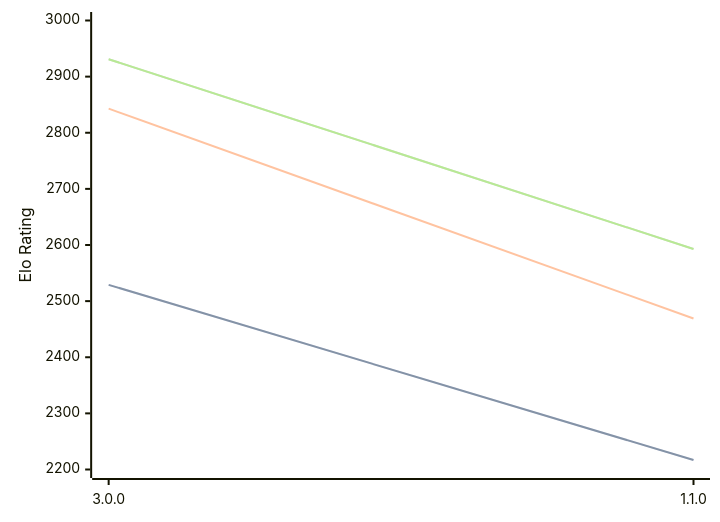
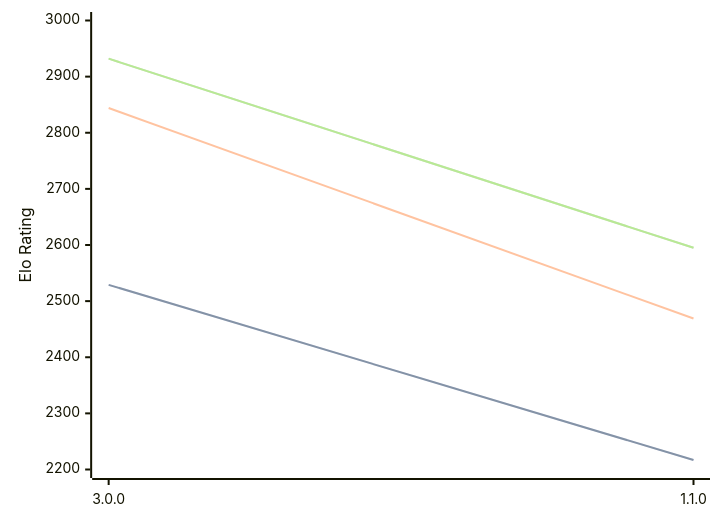
One commit to computer-chess-index/cci changed the first of 3 diagrams in engines/Potential.md. Above: the diagram before and after it, drawn with Mermaid. The commit also changed other lines of this file, not shown here.

Commit message:
Update CCI Ratings (ELO VLTC) - 2026-06-22

````diff
--- a/engines/Potential.md
+++ b/engines/Potential.md
@@ -34,11 +34,11 @@
 ```mermaid
 %%{init: {"theme":"base","themeVariables":{"seriesColors:['#a3a3a3','#222221','#faa371']}}}%%
 xychart-beta
   x-axis ["3.0.0", "1.1.0"]
   y-axis "Elo Rating" 2200 --> 3000
   line "STC (8.0+0.08s)" [2529, 2217]
   line "STC (8.0+0.08s)" [2529, 2217]
-  line "LTC (60.0+0.60s)" [2843, 2469]
-  line "VLTC (2m24s+1.12s)" [2931, 2593]
-  line "VLTC (2m24s+1.12s)" [2931, 2593]
+  line "LTC (60.0+0.60s)" [2844, 2469]
+  line "VLTC (2m24s+1.12s)" [2932, 2595]
+  line "VLTC (2m24s+1.12s)" [2932, 2595]
 ```
````
